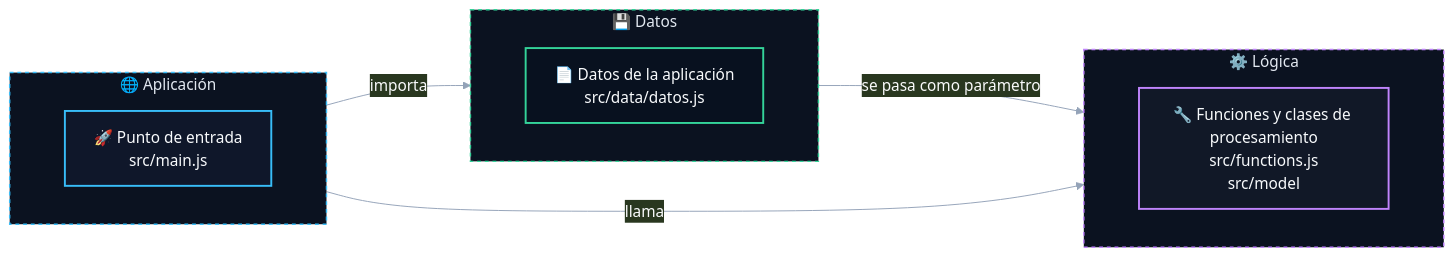
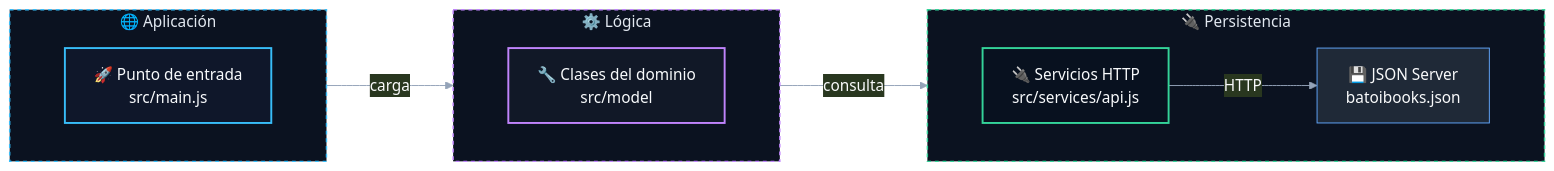
Before and after one commit to DavidTorro/BatoiBooks: the diagram in README.md, drawn with Mermaid. The commit also changed other lines of this file, not shown here.

Commit message:
docs(readme): documentar persistencia mediante API

````diff
--- a/README.md
+++ b/README.md
@@ -30,46 +32,47 @@
 ```mermaid
 %%{init: {
     "theme": "base",
     "flowchart": { "curve": "basis", "nodeSpacing": 60, "rankSpacing": 90 },
     "themeVariables": {
         "primaryColor": "#1f2937",
         "primaryTextColor": "#f9fafb",
         "primaryBorderColor": "#60a5fa",
         "lineColor": "#94a3b8",
         "tertiaryColor": "#0f172a"
     }
 }}%%
 
 flowchart LR
     subgraph SG0["🌐 Aplicación"]
         direction LR
         app["🚀 Punto de entrada<br/>src/main.js"]
     end
 
     subgraph SG1["⚙️ Lógica"]
         direction LR
-        logic["🔧 Funciones y clases de procesamiento<br/>src/functions.js<br/>src/model"]
+        logic["🔧 Clases del dominio<br/>src/model"]
     end
 
-    subgraph SG2["💾 Datos"]
+    subgraph SG2["🔌 Persistencia"]
         direction LR
-        data["📄 Datos de la aplicación<br/>src/data/datos.js"]
+        data["🔌 Servicios HTTP<br/>src/services/api.js"]
+        database["💾 JSON Server<br/>batoibooks.json"]
     end
 
-    app -- "llama" --> logic
-    app -- "importa" --> data
-    data -- "se pasa como parámetro" --> logic
+    app -- "carga" --> logic
+    logic -- "consulta" --> data
+    data -- "HTTP" --> database
 
     classDef g0 fill:#0f172a,stroke:#38bdf8,color:#f8fafc,stroke-width:2px;
     class app g0;
 
     classDef g1 fill:#111827,stroke:#c084fc,color:#f8fafc,stroke-width:2px;
     class logic g1;
 
     classDef g2 fill:#08111f,stroke:#34d399,color:#f8fafc,stroke-width:2px;
     class data g2;
 
     style SG0 fill:#0b1220,stroke:#38bdf8,stroke-width:1.5px,stroke-dasharray: 4 4,color:#e2e8f0
     style SG1 fill:#0b1220,stroke:#c084fc,stroke-width:1.5px,stroke-dasharray: 4 4,color:#e2e8f0
     style SG2 fill:#0b1220,stroke:#34d399,stroke-width:1.5px,stroke-dasharray: 4 4,color:#e2e8f0
 ```
````
